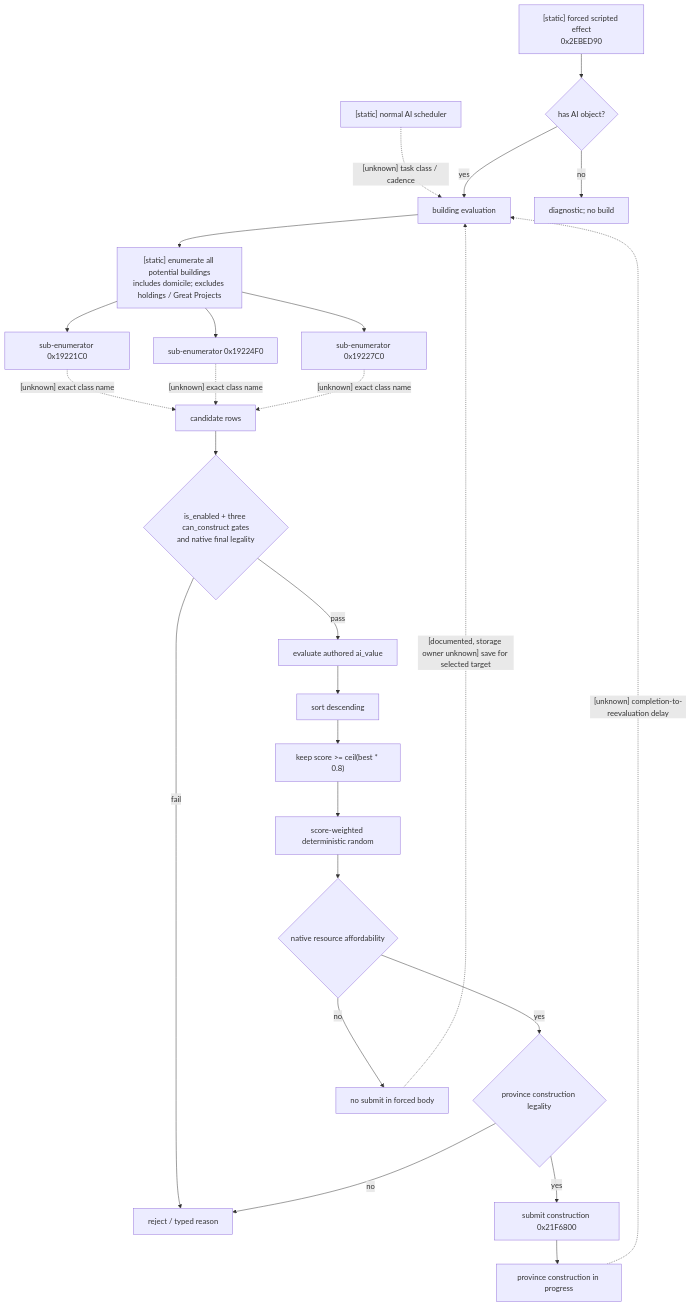
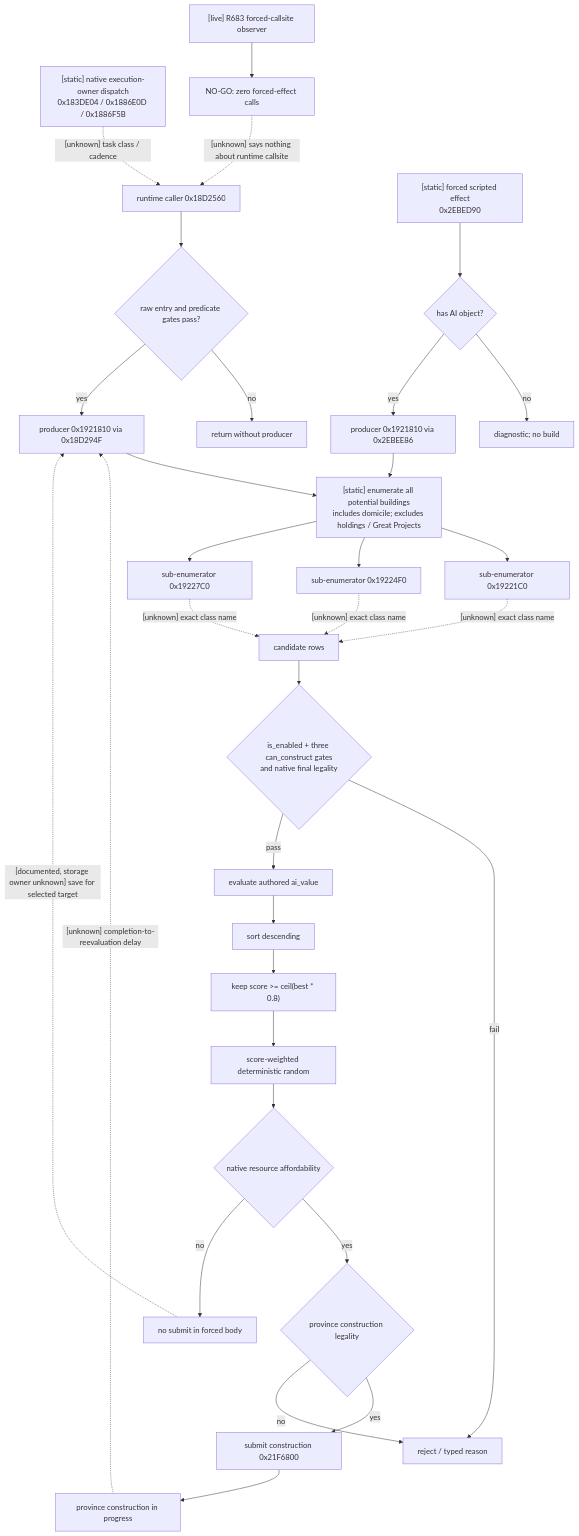
Before and after one commit to XenoAmess/ck3_eternal_recurrence: the diagram in docs/ck3-native-ai/domain-construction-ai.md, drawn with Mermaid. The commit also changed other lines of this file and 1 other file, not shown here.

Commit message:
[G2-M4-DEV6-SOURCE] Freeze native construction producer entry

````diff
--- a/docs/ck3-native-ai/domain-construction-ai.md
+++ b/docs/ck3-native-ai/domain-construction-ai.md
@@ -247,28 +337,34 @@
 ```mermaid
 flowchart TD
-    S["[static] normal AI scheduler"] -. "[unknown] task class / cadence" .-> E["building evaluation"]
+    S["[static] native execution-owner dispatch<br/>0x183DE04 / 0x1886E0D / 0x1886F5B"] -. "[unknown] task class / cadence" .-> T["runtime caller 0x18D2560"]
+    T --> G{"raw entry and predicate gates pass?"}
+    G -->|no| X2["return without producer"]
+    G -->|yes| E["producer 0x1921810 via 0x18D294F"]
     F["[static] forced scripted effect<br/>0x2EBED90"] --> A{"has AI object?"}
     A -->|no| X["diagnostic; no build"]
-    A -->|yes| E
+    A -->|yes| E2["producer 0x1921810 via 0x2EBEE86"]
+    R683["[live] R683 forced-callsite observer"] --> N0["NO-GO: zero forced-effect calls"]
+    N0 -. "[unknown] says nothing about runtime callsite" .-> T
+    E2 --> C
     E --> C["[static] enumerate all potential buildings<br/>includes domicile; excludes holdings / Great Projects"]
     C --> C1["sub-enumerator 0x19221C0"]
     C --> C2["sub-enumerator 0x19224F0"]
     C --> C3["sub-enumerator 0x19227C0"]
     C1 -. "[unknown] exact class name" .-> P["candidate rows"]
     C2 -. "[unknown] exact class name" .-> P
     C3 -. "[unknown] exact class name" .-> P
     P --> L{"is_enabled + three can_construct gates<br/>and native final legality"}
     L -->|fail| R["reject / typed reason"]
     L -->|pass| V["evaluate authored ai_value"]
     V --> O["sort descending"]
     O --> B["keep score >= ceil(best * 0.8)"]
     B --> W["score-weighted deterministic random"]
     W --> M{"native resource affordability"}
     M -->|yes| Q{"province construction legality"}
     Q -->|yes| U["submit construction 0x21F6800"]
     Q -->|no| R
     M -->|no| N["no submit in forced body"]
     N -. "[documented, storage owner unknown] save for selected target" .-> E
     U --> I["province construction in progress"]
     I -. "[unknown] completion-to-reevaluation delay" .-> E
 ```
````
